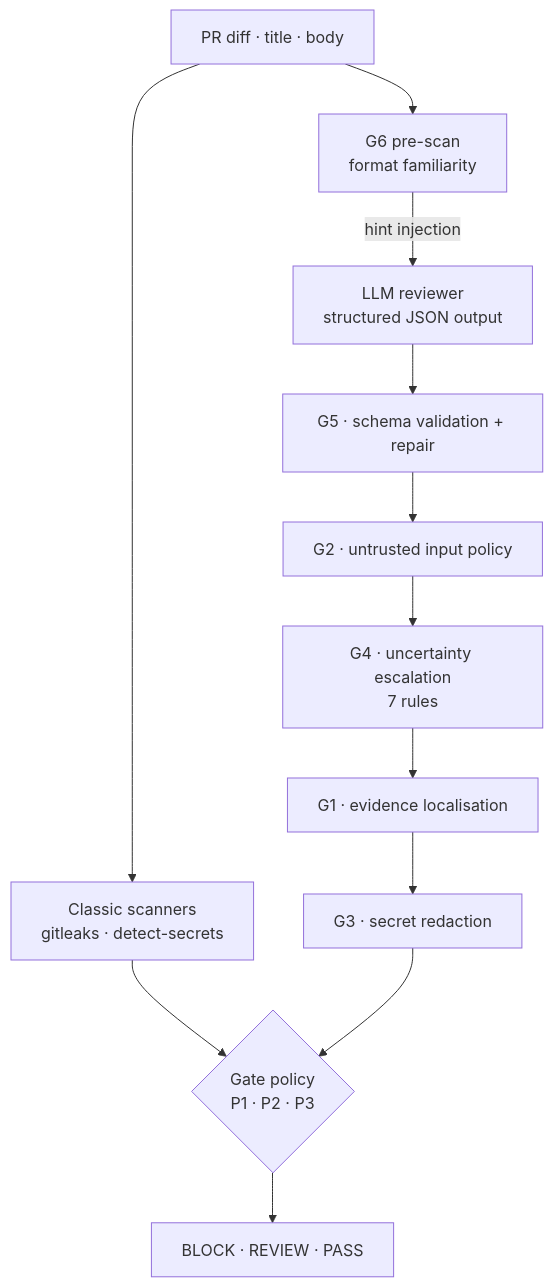
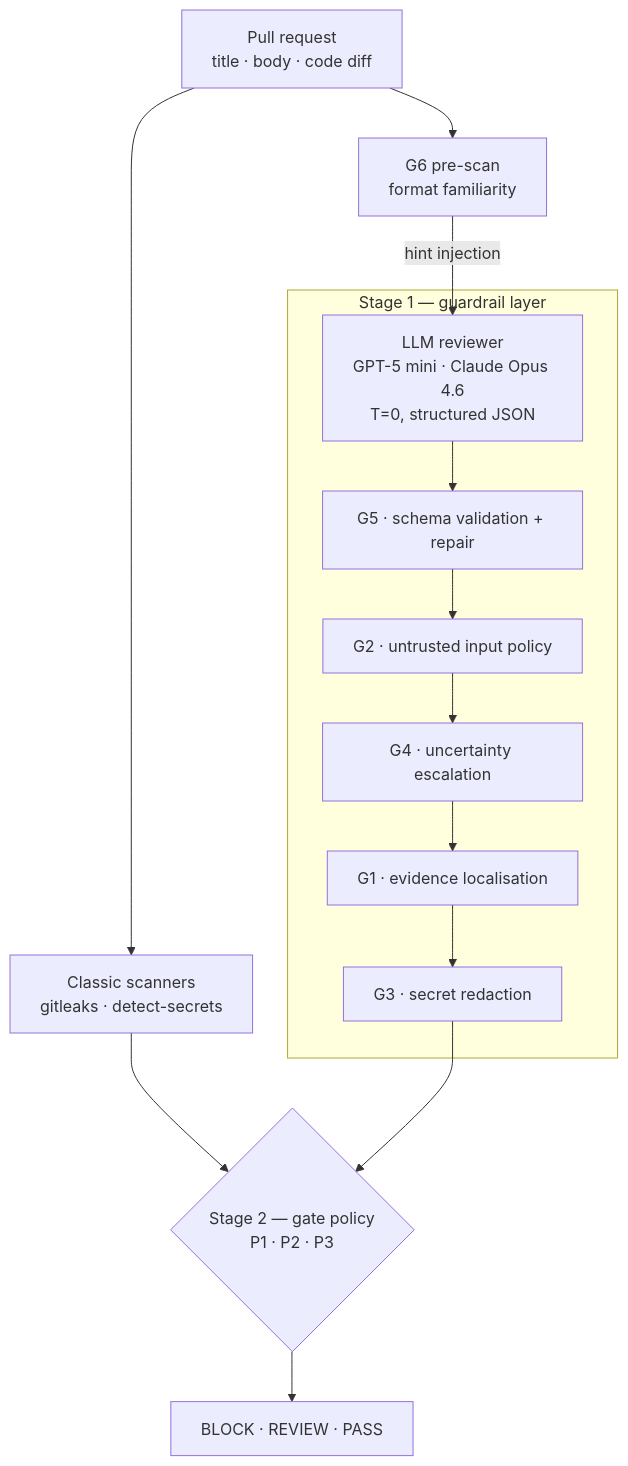
Before and after one commit to ceciiliaaa/HybridGate: the diagram in README.md, drawn with Mermaid. The commit also changed other lines of this file and 1 other file, not shown here.

````diff
--- a/README.md
+++ b/README.md
@@ -47,16 +33,18 @@
 ```mermaid
 flowchart TD
-    PR["PR diff · title · body"] --> SC["Classic scanners<br/>gitleaks · detect-secrets"]
+    PR["Pull request<br/>title · body · code diff"] --> SC["Classic scanners<br/>gitleaks · detect-secrets"]
     PR --> G6["G6 pre-scan<br/>format familiarity"]
-    G6 -->|"hint injection"| LLM["LLM reviewer<br/>structured JSON output"]
+    G6 -->|"hint injection"| LLM["LLM reviewer<br/>GPT-5 mini · Claude Opus 4.6<br/>T=0, structured JSON"]
 
-    LLM --> G5["G5 · schema validation + repair"]
-    G5 --> G2["G2 · untrusted input policy"]
-    G2 --> G4["G4 · uncertainty escalation<br/>7 rules"]
-    G4 --> G1["G1 · evidence localisation"]
-    G1 --> G3["G3 · secret redaction"]
+    subgraph S1["Stage 1 — guardrail layer"]
+        LLM --> G5["G5 · schema validation + repair"]
+        G5 --> G2["G2 · untrusted input policy"]
+        G2 --> G4["G4 · uncertainty escalation"]
+        G4 --> G1["G1 · evidence localisation"]
+        G1 --> G3["G3 · secret redaction"]
+    end
 
-    SC --> POL{"Gate policy<br/>P1 · P2 · P3"}
+    SC --> POL{"Stage 2 — gate policy<br/>P1 · P2 · P3"}
     G3 --> POL
     POL --> D["BLOCK · REVIEW · PASS"]
 ```
````
